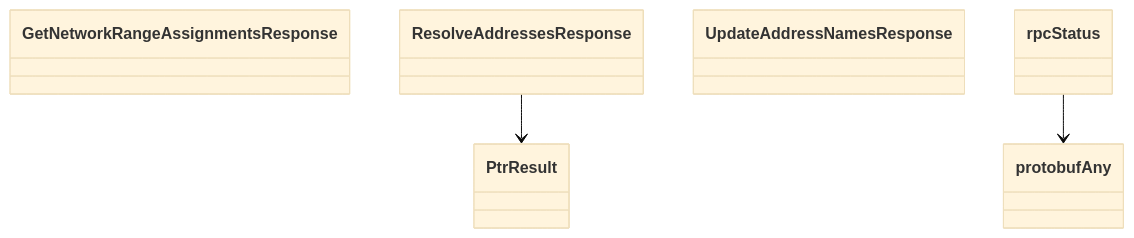
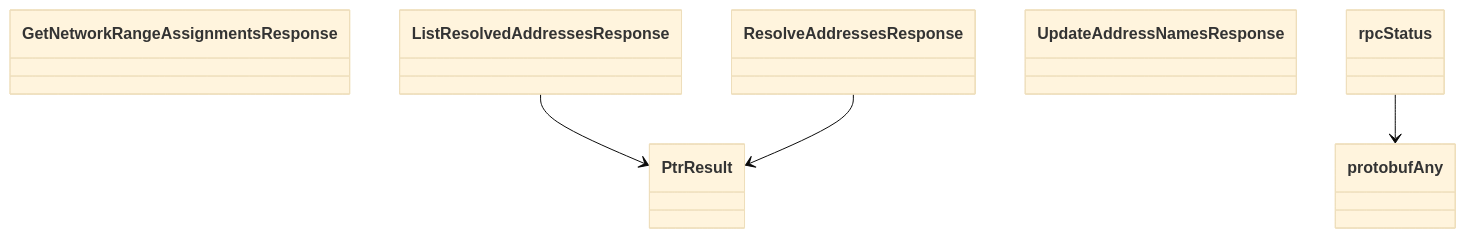
Before and after one commit to alexdearaujo/community_sdk_python: the diagram in docs/sphinx/services/kptr.md, drawn with Mermaid (base theme). The commit also changed other lines of this file and 30 other files, not shown here.

First line of the commit message:
feat: add kmeta service from schema, regenerate docs

````diff
--- a/docs/sphinx/services/kptr.md
+++ b/docs/sphinx/services/kptr.md
@@ -15,11 +15,13 @@
 ```mermaid
 classDiagram
     class GetNetworkRangeAssignmentsResponse
+    class ListResolvedAddressesResponse
     class PtrResult
     class ResolveAddressesResponse
     class UpdateAddressNamesResponse
     class protobufAny
     class rpcStatus
+    ListResolvedAddressesResponse --> PtrResult
     ResolveAddressesResponse --> PtrResult
     rpcStatus --> protobufAny
 ```
````
